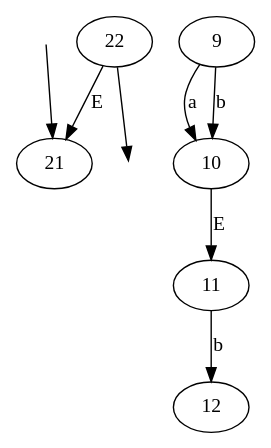
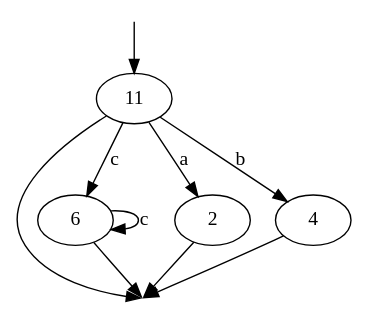
Before and after one commit to belcadilina-lab/automate: the diagram in automate_utilisateur.dot, drawn with Graphviz. The commit also changed 1 other file, not shown here.

```diff
--- a/automate_utilisateur.dot
+++ b/automate_utilisateur.dot
@@ -1,11 +1,13 @@
 digraph G {
 init [shape=point shape=point style=filled, fillcolor=white color=white];
 fin [shape=point shape=point style=filled, fillcolor=white color=white];
-init -> 21;
-9 -> 10 [label="a"];
-11 -> 12 [label="b"];
-10 -> 11 [label="E"];
-9 -> 10 [label="b"];
-22 -> 21 [label="E"];
-22 -> fin;
+init -> 11;
+6 -> 6 [label="c"];
+11 -> 2 [label="a"];
+11 -> 4 [label="b"];
+11 -> 6 [label="c"];
+2 -> fin;
+4 -> fin;
+6 -> fin;
+11 -> fin;
 }
```
